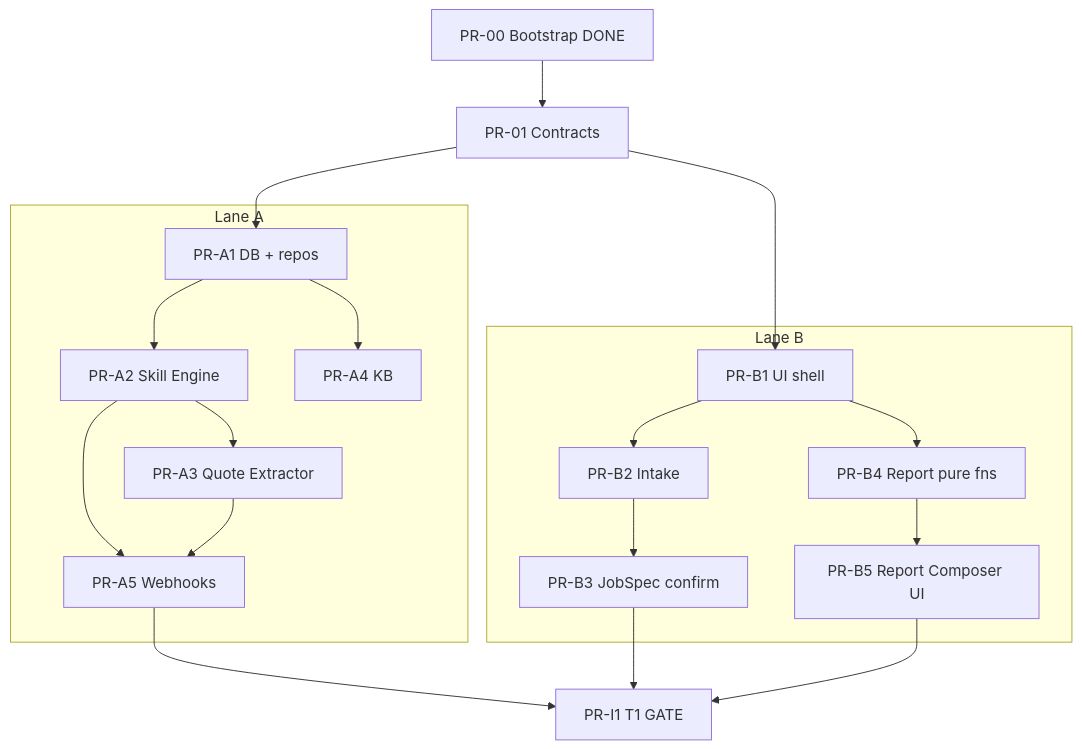
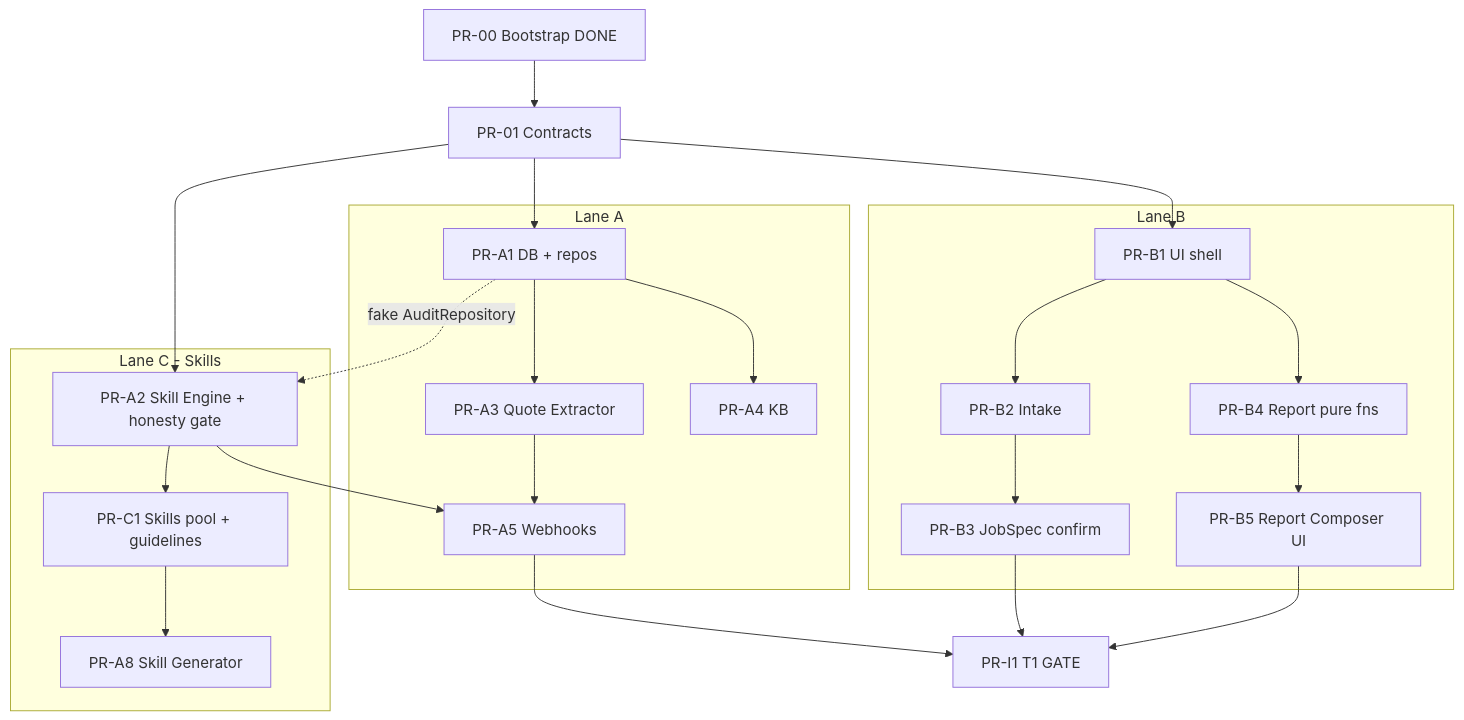
The diagram in docs/superpowers/plans/2026-07-19-the-negotiator-master-plan.md (KhMorsy/The-Negotiator), drawn with Mermaid before and after one commit. The commit also changed other lines of this file and 6 other files, not shown here.

Commit message:
Add Lane C (skills machine): reassign skill engine/generator, add PR-C1 skills pool package

````diff
--- a/docs/superpowers/plans/2026-07-19-the-negotiator-master-plan.md
+++ b/docs/superpowers/plans/2026-07-19-the-negotiator-master-plan.md
@@ -41,30 +45,36 @@
 ```mermaid
 flowchart TB
     PR00["PR-00 Bootstrap DONE"]
     PR01["PR-01 Contracts"]
     subgraph laneA [Lane A]
         A1["PR-A1 DB + repos"]
-        A2["PR-A2 Skill Engine"]
         A3["PR-A3 Quote Extractor"]
         A4["PR-A4 KB"]
         A5["PR-A5 Webhooks"]
     end
     subgraph laneB [Lane B]
         B1["PR-B1 UI shell"]
         B2["PR-B2 Intake"]
         B3["PR-B3 JobSpec confirm"]
         B4["PR-B4 Report pure fns"]
         B5["PR-B5 Report Composer UI"]
     end
+    subgraph laneC [Lane C - Skills]
+        A2["PR-A2 Skill Engine + honesty gate"]
+        C1["PR-C1 Skills pool + guidelines"]
+        A8["PR-A8 Skill Generator"]
+    end
     PRI1["PR-I1 T1 GATE"]
     PR00 --> PR01
-    PR01 --> A1 --> A2 --> A3
+    PR01 --> A1 --> A3
     A1 --> A4
+    A1 -. "fake AuditRepository" .-> A2
+    PR01 --> A2 --> C1 --> A8
     A2 --> A5
     A3 --> A5
     PR01 --> B1 --> B2 --> B3
     B1 --> B4 --> B5
     A5 --> PRI1
     B3 --> PRI1
     B5 --> PRI1
 ```
````
